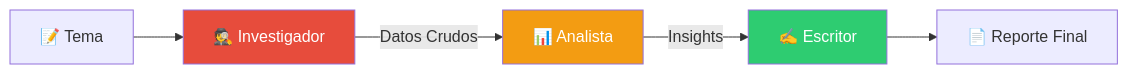
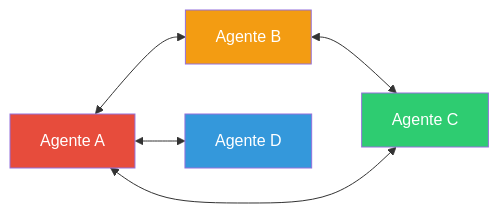
One commit to RACPSC2025/Professional-AI-Agent-Developer-Course-v1.0 changed the diagram in module8/README.md. Above: the diagram before and after it, drawn with Mermaid. The commit also changed other lines of this file and 8 other files, not shown here.

````diff
--- a/module8/README.md
+++ b/module8/README.md
@@ -35,11 +29,12 @@
 ```mermaid
 graph LR
-    Input[📝 Tema] --> Researcher[🕵️ Investigador]
-    Researcher -->|Datos Crudos| Analyst[📊 Analista]
-    Analyst -->|Insights| Writer[✍️ Escritor]
-    Writer --> Output[📄 Reporte Final]
+    A[Agente A] <--> B[Agente B]
+    B <--> C[Agente C]
+    C <--> A
+    A <--> D[Agente D]
     
-    style Researcher fill:#E74C3C,color:#fff
-    style Analyst fill:#F39C12,color:#fff
-    style Writer fill:#2ECC71,color:#fff
+    style A fill:#E74C3C,color:#fff
+    style B fill:#F39C12,color:#fff
+    style C fill:#2ECC71,color:#fff
+    style D fill:#3498DB,color:#fff
 ```
````
